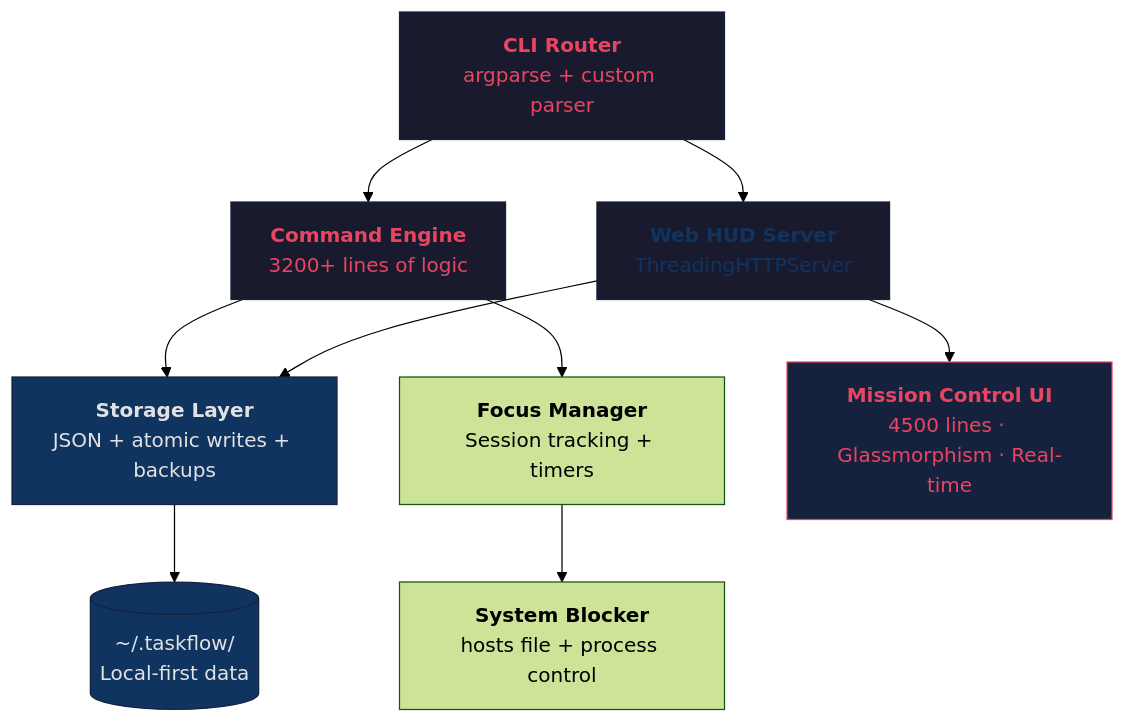
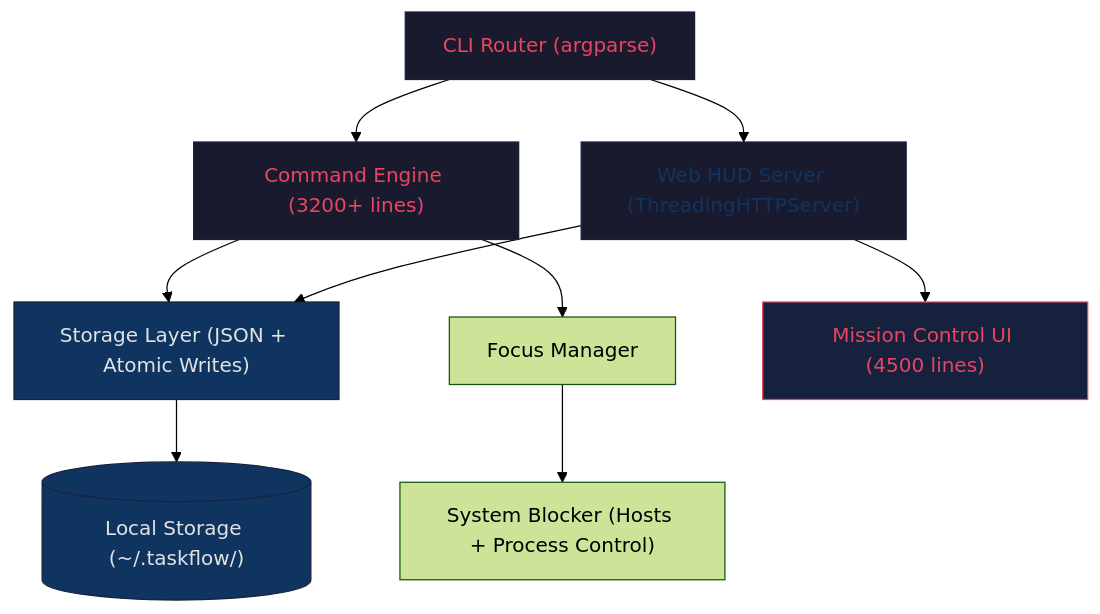
The diagram in docs/deep-dive.md (Mohith535/TaskFlow), drawn with Mermaid (forest theme) before and after one commit. The commit also changed 1 other file, not shown here.

Commit message:
fix: architecture diagram rendering on GitHub

````diff
--- a/docs/deep-dive.md
+++ b/docs/deep-dive.md
@@ -267,22 +267,22 @@
 ```mermaid
 graph TD
-    A[<b>CLI Router</b><br/>argparse + custom parser] --> B[<b>Command Engine</b><br/>3200+ lines of logic]
-    A --> C[<b>Web HUD Server</b><br/>ThreadingHTTPServer]
+    A["CLI Router (argparse)"] --> B["Command Engine (3200+ lines)"]
+    A --> C["Web HUD Server (ThreadingHTTPServer)"]
     
-    B --> D[<b>Storage Layer</b><br/>JSON + atomic writes + backups]
+    B --> D["Storage Layer (JSON + Atomic Writes)"]
     C --> D
     
-    B --> E[<b>Focus Manager</b><br/>Session tracking + timers]
-    E --> F[<b>System Blocker</b><br/>hosts file + process control]
+    B --> E["Focus Manager"]
+    E --> F["System Blocker (Hosts + Process Control)"]
     
-    C --> G[<b>Mission Control UI</b><br/>4500 lines · Glassmorphism · Real-time]
+    C --> G["Mission Control UI (4500 lines)"]
     
-    D --> H[(~/.taskflow/<br/>Local-first data)]
-    
+    D --> H[("Local Storage (~/.taskflow/)")]
+
     style A fill:#1a1a2e,stroke:#16213e,color:#e94560
     style B fill:#1a1a2e,stroke:#16213e,color:#e94560
     style C fill:#1a1a2e,stroke:#16213e,color:#0f3460
     style D fill:#0f3460,stroke:#16213e,color:#e2e2e2
     style G fill:#16213e,stroke:#e94560,color:#e94560
     style H fill:#0f3460,stroke:#16213e,color:#e2e2e2
 ```
````
